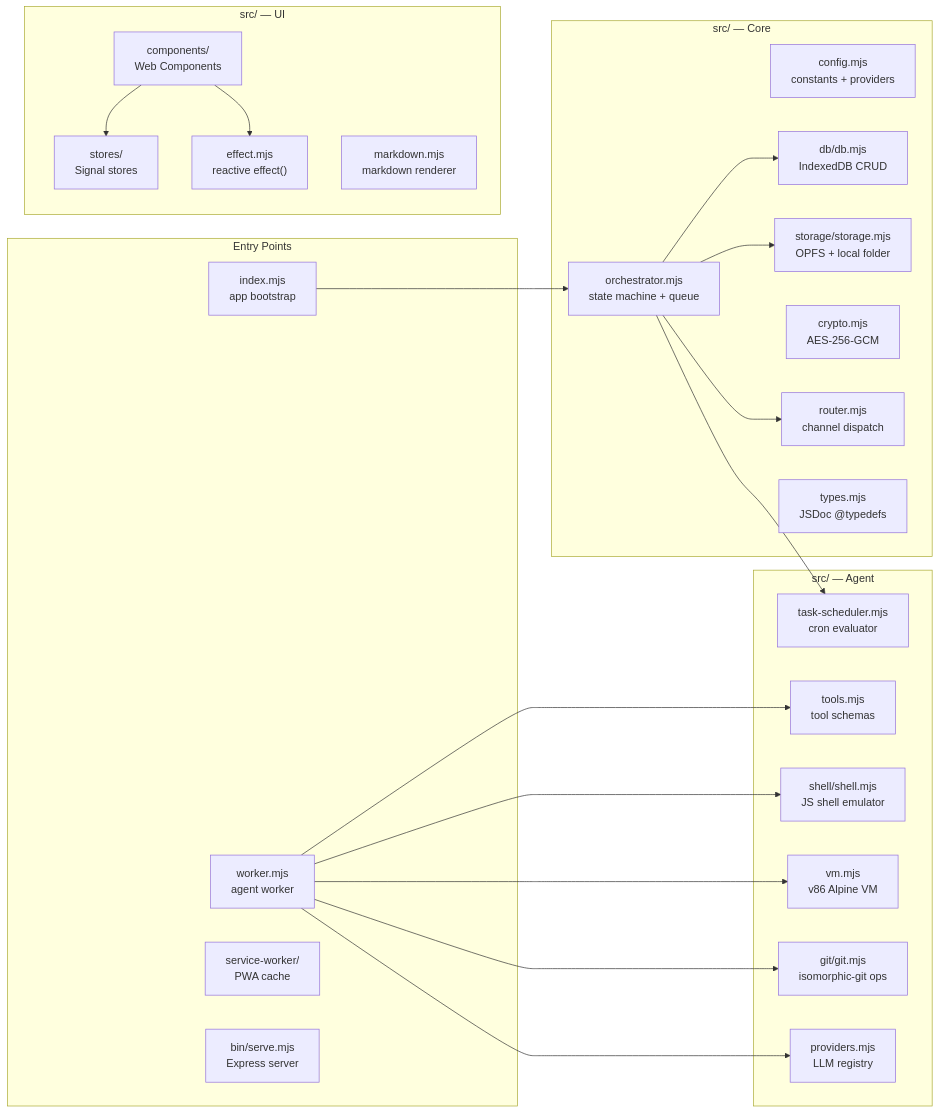
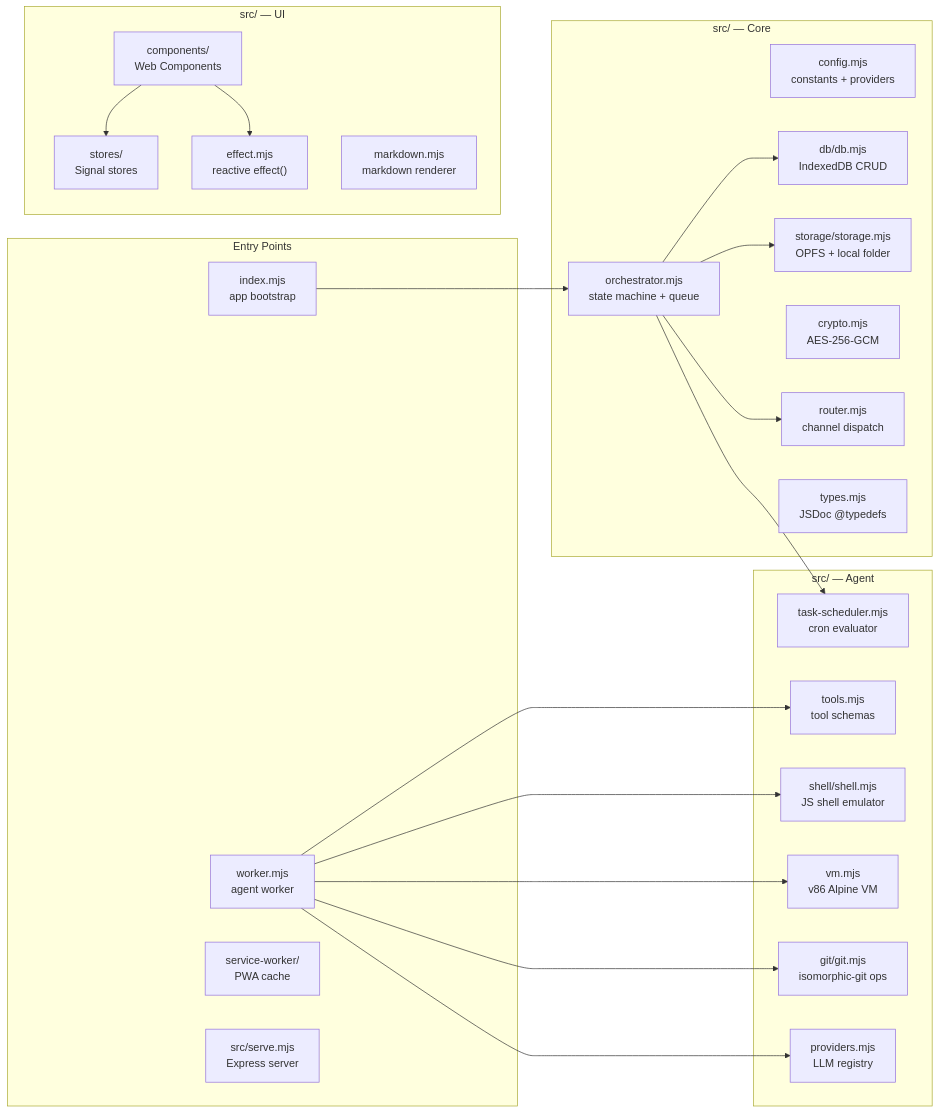
The diagram in AGENTS.md (xt-ml/shadow-claw), drawn with Mermaid before and after one commit. The commit also changed other lines of this file and 8 other files, not shown here.

First line of the commit message:
Relocate dev server to src and update default port

````diff
--- a/AGENTS.md
+++ b/AGENTS.md
@@ -17,40 +17,40 @@
 ```mermaid
 graph LR
     subgraph Entry ["Entry Points"]
         index_mjs["index.mjs\napp bootstrap"]
         worker_mjs["worker.mjs\nagent worker"]
         sw["service-worker/\nPWA cache"]
-        serve["bin/serve.mjs\nExpress server"]
+        serve["src/serve.mjs\nExpress server"]
     end
 
     subgraph Core ["src/ — Core"]
         orchestrator["orchestrator.mjs\nstate machine + queue"]
         config["config.mjs\nconstants + providers"]
         db["db/db.mjs\nIndexedDB CRUD"]
         storage["storage/storage.mjs\nOPFS + local folder"]
         crypto["crypto.mjs\nAES-256-GCM"]
         router["router.mjs\nchannel dispatch"]
         types["types.mjs\nJSDoc @typedefs"]
     end
 
     subgraph Agent ["src/ — Agent"]
         tools["tools.mjs\ntool schemas"]
         shell["shell/shell.mjs\nJS shell emulator"]
         vm["vm.mjs\nv86 Alpine VM"]
         gitmod["git/git.mjs\nisomorphic-git ops"]
         providers["providers.mjs\nLLM registry"]
         scheduler["task-scheduler.mjs\ncron evaluator"]
     end
 
     subgraph UI ["src/ — UI"]
         components["components/\nWeb Components"]
         stores["stores/\nSignal stores"]
         effect["effect.mjs\nreactive effect()"]
         markdown["markdown.mjs\nmarkdown renderer"]
     end
 
     index_mjs --> orchestrator
     orchestrator --> db & storage & router & scheduler
     worker_mjs --> tools & shell & vm & gitmod & providers
     components --> stores & effect
 ```
````
